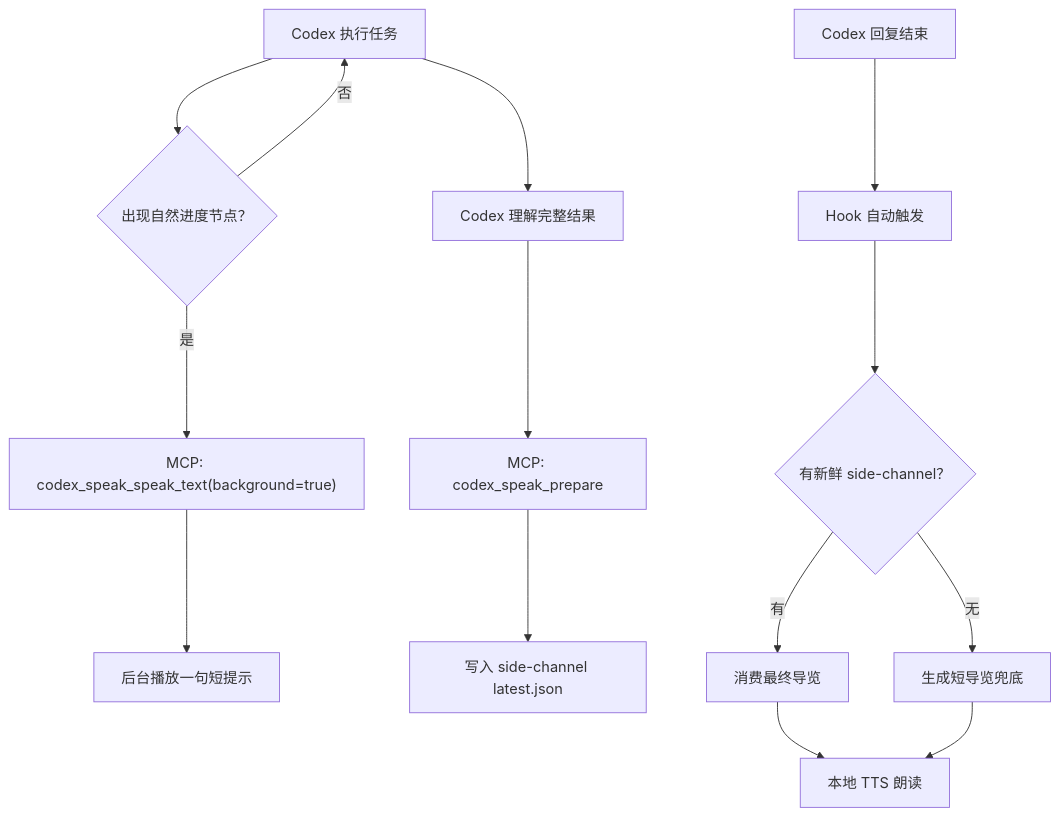
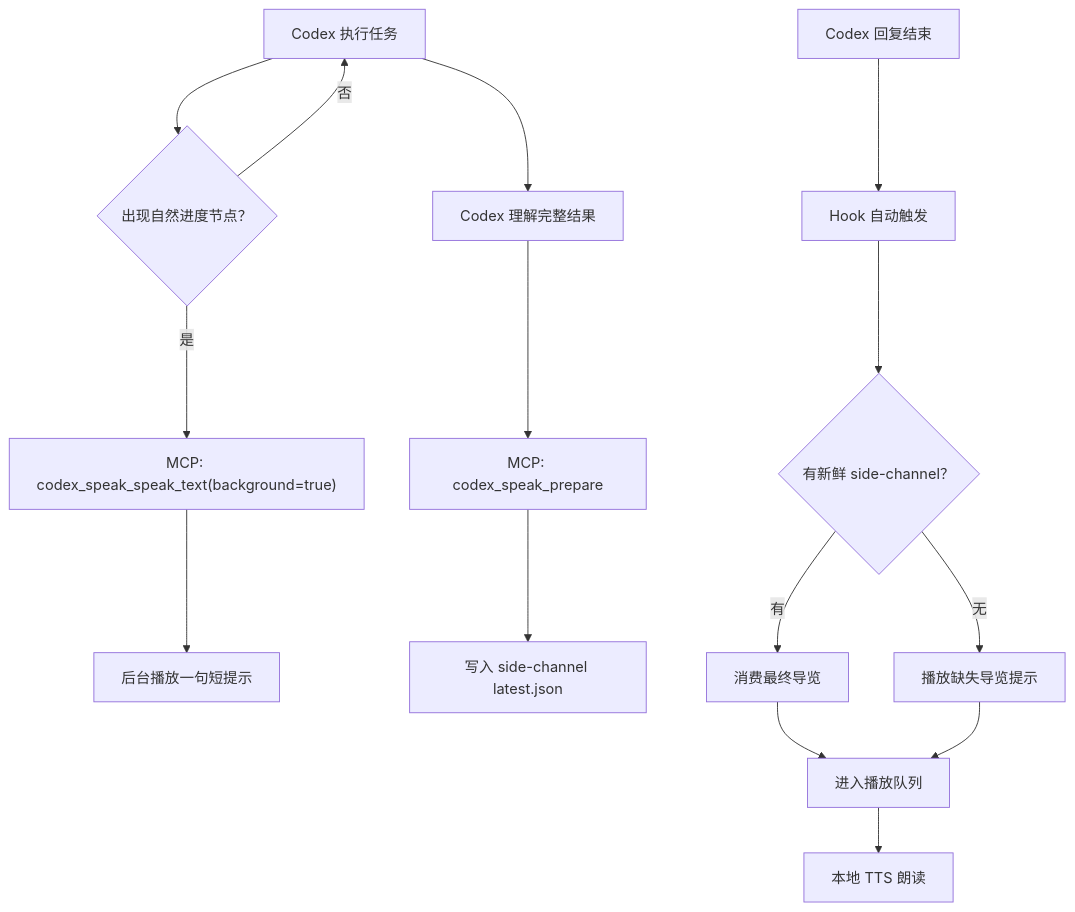
Before and after one commit to hunknownz/codex-speak: the diagram in docs/speech-timing.md, drawn with Mermaid. The commit also changed other lines of this file and 21 other files, not shown here.

````diff
--- a/docs/speech-timing.md
+++ b/docs/speech-timing.md
@@ -68,18 +77,19 @@
 ```mermaid
 flowchart TD
   A["Codex 执行任务"] --> B{"出现自然进度节点？"}
   B -->|是| C["MCP: codex_speak_speak_text(background=true)"]
   C --> D["后台播放一句短提示"]
   B -->|否| A
 
   A --> E["Codex 理解完整结果"]
   E --> F["MCP: codex_speak_prepare"]
   F --> G["写入 side-channel latest.json"]
 
   H["Codex 回复结束"] --> I["Hook 自动触发"]
   I --> J{"有新鲜 side-channel？"}
   J -->|有| K["消费最终导览"]
-  J -->|无| L["生成短导览兜底"]
-  K --> M["本地 TTS 朗读"]
+  J -->|无| L["播放缺失导览提示"]
+  K --> M["进入播放队列"]
   L --> M
+  M --> N["本地 TTS 朗读"]
 ```
````
